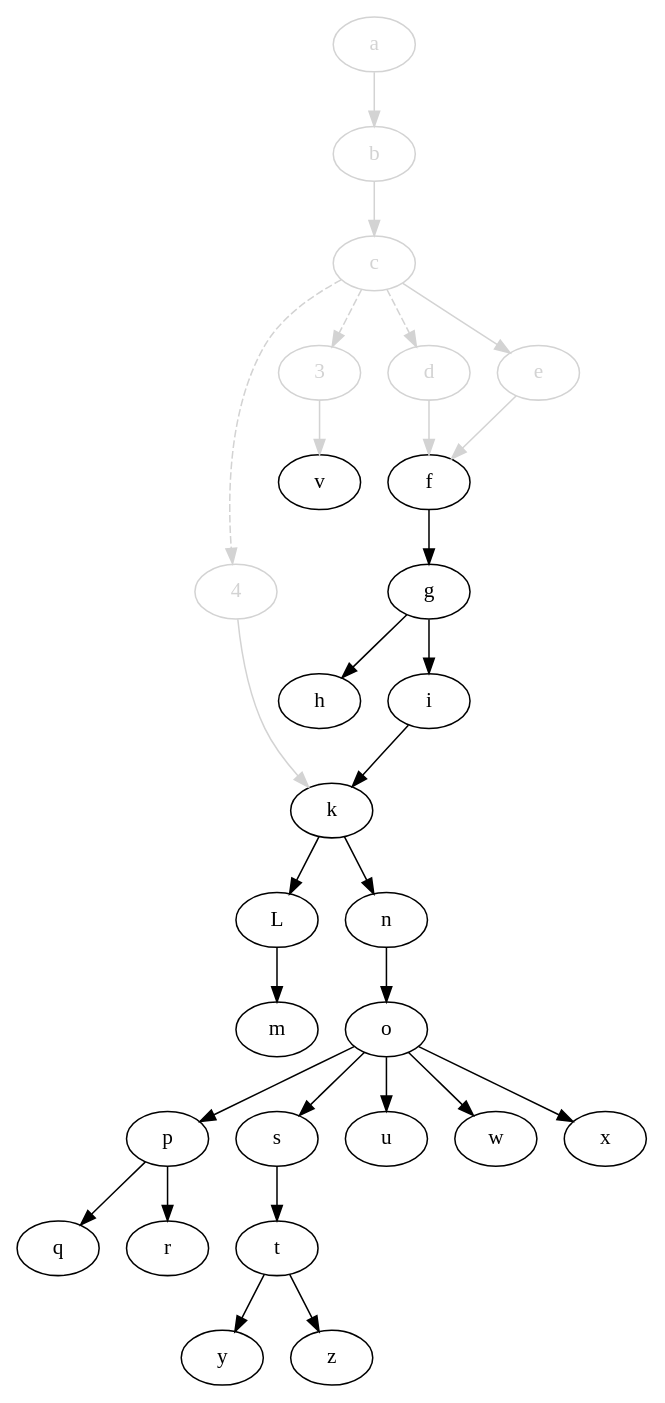
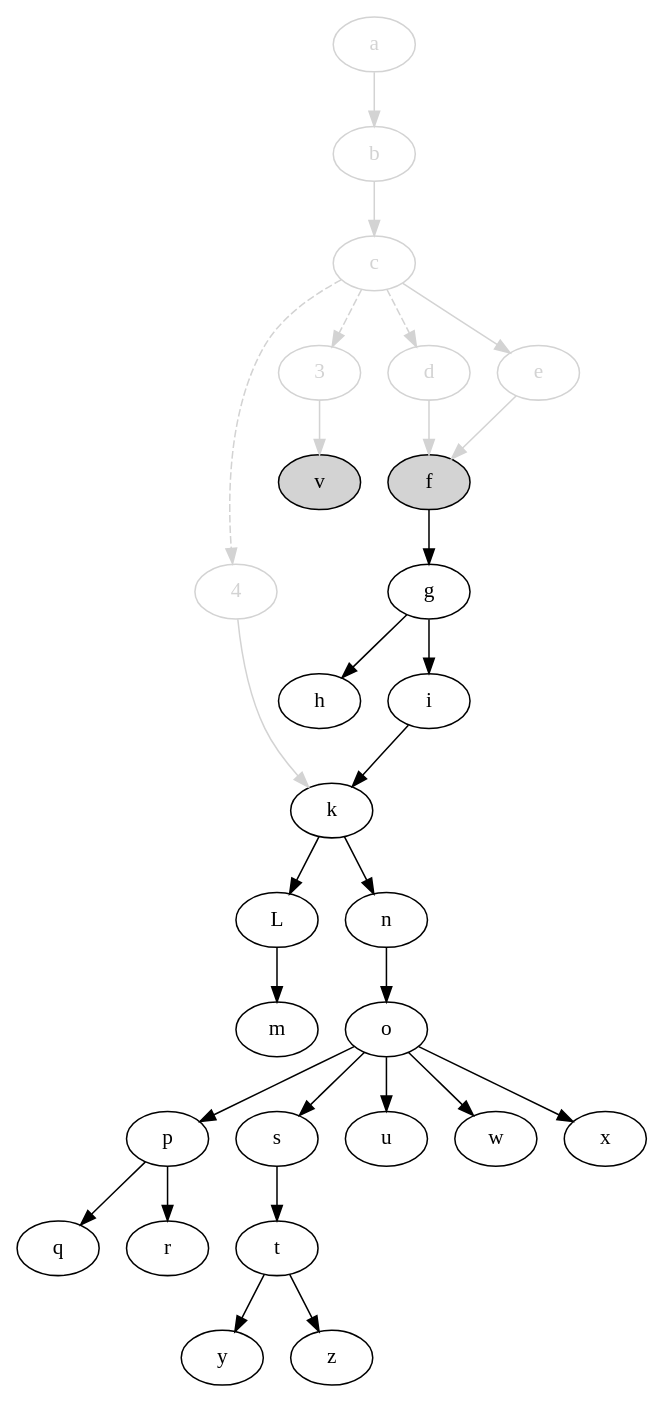
Before and after one commit to jdmpapin/svm-startup-deps: the diagram in svm-startup-deps.dot, drawn with Graphviz. The commit also changed 1 other file, not shown here.

```diff
--- a/svm-startup-deps.dot
+++ b/svm-startup-deps.dot
@@ -1,58 +1,58 @@
 digraph {
     4 [color=lightgrey,fontcolor=lightgrey];
     3 [color=lightgrey,fontcolor=lightgrey];
     a [color=lightgrey,fontcolor=lightgrey];
     b [color=lightgrey,fontcolor=lightgrey];
     c [color=lightgrey,fontcolor=lightgrey];
     d [color=lightgrey,fontcolor=lightgrey];
     e [color=lightgrey,fontcolor=lightgrey];
-    f;
+    f [style=filled,fillcolor=lightgrey];
     g;
     h;
     i;
     k;
     L;
     m;
     n;
     o;
     p;
     q;
     r;
     s;
     t;
     u;
-    v;
+    v [style=filled,fillcolor=lightgrey];
     w;
     x;
     y;
     z;
 
     4 -> k [color=lightgrey];
     c -> 4 [style=dashed,color=lightgrey];
     c -> 3 [style=dashed,color=lightgrey];
     c -> d [style=dashed,color=lightgrey];
     3 -> v [color=lightgrey];
     a -> b [color=lightgrey];
     b -> c [color=lightgrey];
     c -> e [color=lightgrey];
     d -> f [color=lightgrey];
     e -> f [color=lightgrey];
     f -> g;
     g -> h;
     g -> i;
     i -> k;
     k -> L;
     L -> m;
     k -> n;
     n -> o;
     o -> p;
     p -> q;
     p -> r;
     o -> s;
     s -> t;
     o -> u;
     o -> w;
     o -> x;
     t -> y;
     t -> z;
 }
```
